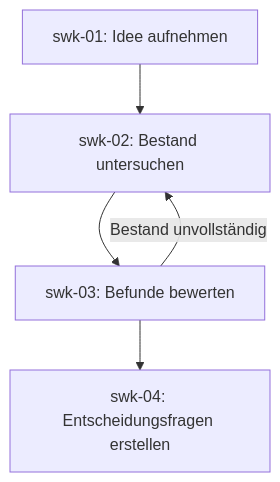
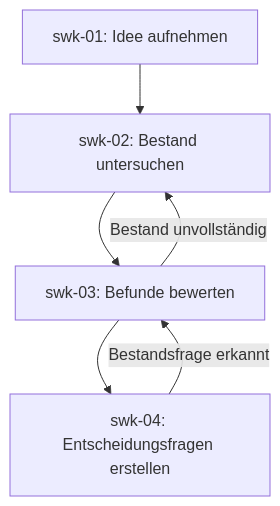
Before and after one commit to macodix/skizzwerk: the diagram in rules/process.md, drawn with Mermaid. The commit also changed other lines of this file, not shown here.

````diff
--- a/rules/process.md
+++ b/rules/process.md
@@ -14,7 +14,8 @@
 ```mermaid
 flowchart TD
     A["swk-01: Idee aufnehmen"] --> B["swk-02: Bestand untersuchen"]
     B --> C["swk-03: Befunde bewerten"]
     C --> D["swk-04: Entscheidungsfragen erstellen"]
     C -->|Bestand unvollständig| B
+    D -->|Bestandsfrage erkannt| C
 ```
````
